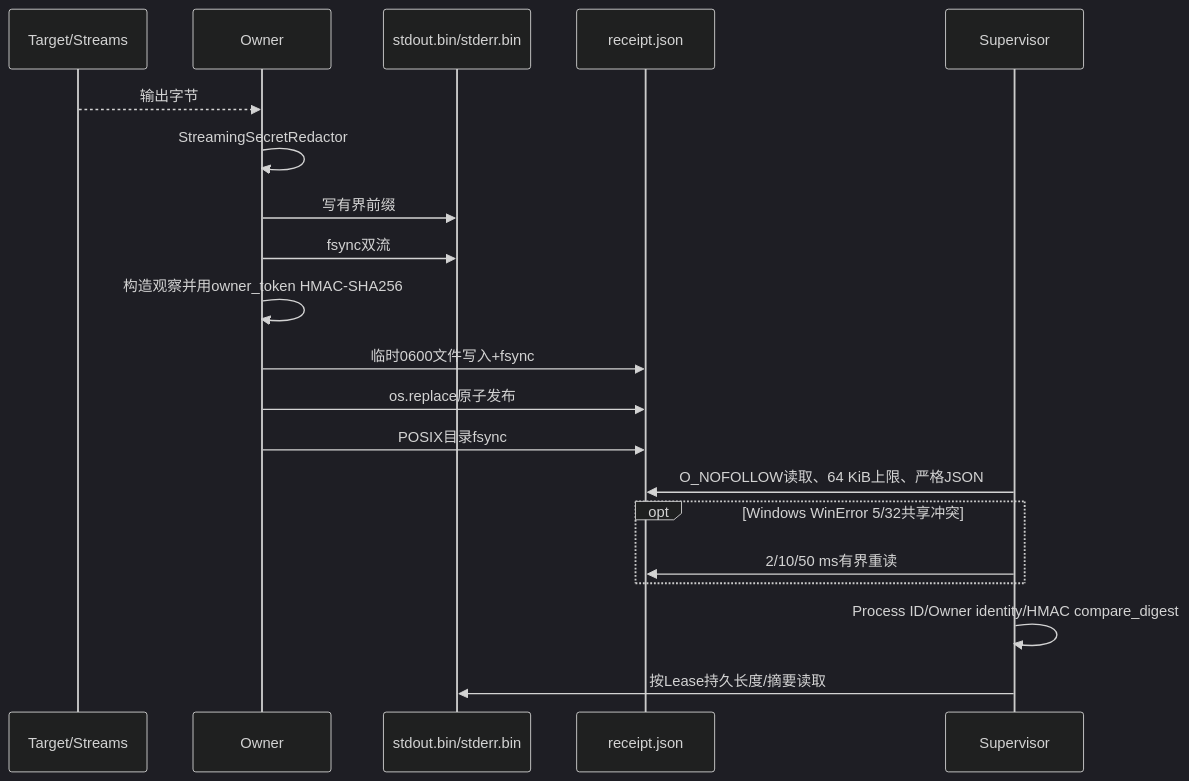
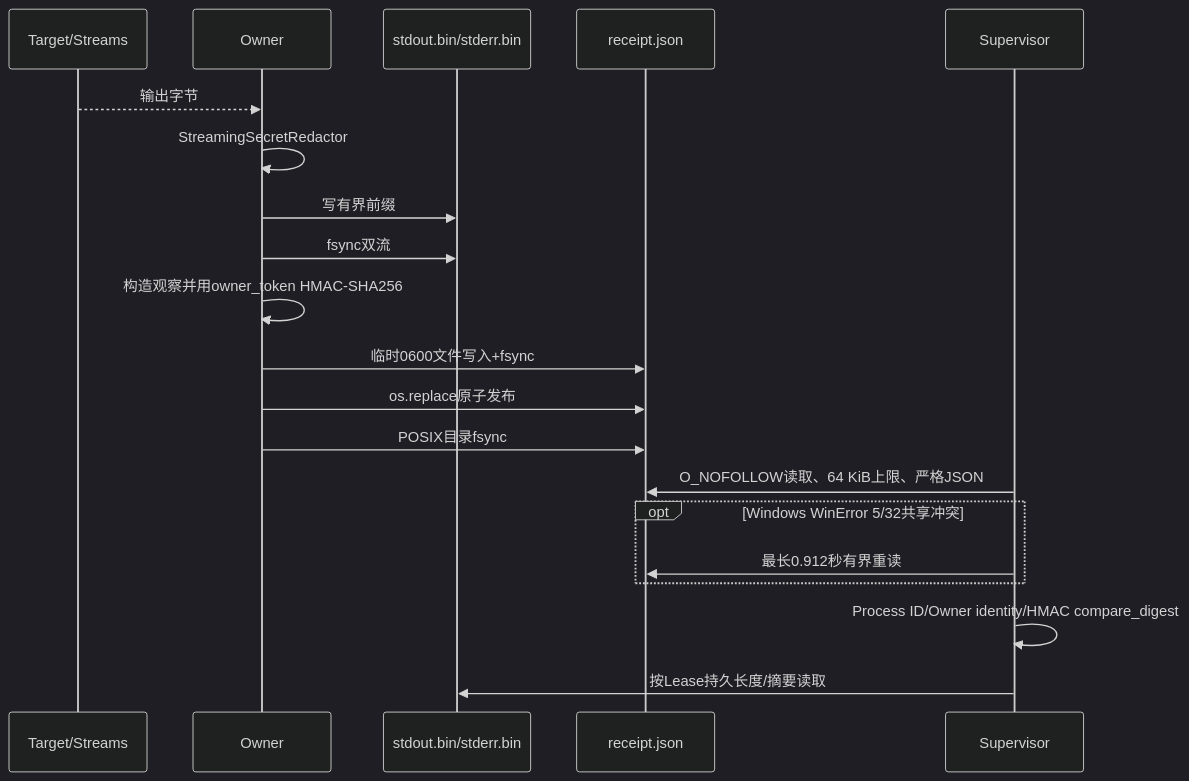
Before and after one commit to carrie1988/Harnessix: diagram 12 of 17 in docs/modules/processes.md, drawn with Mermaid (dark theme). The commit also changed other lines of this file and 9 other files, not shown here.

````diff
--- a/docs/modules/processes.md
+++ b/docs/modules/processes.md
@@ -797,22 +797,22 @@
 ```mermaid
 sequenceDiagram
     participant T as Target/Streams
     participant O as Owner
     participant F as stdout.bin/stderr.bin
     participant R as receipt.json
     participant S as Supervisor
     T-->>O: 输出字节
     O->>O: StreamingSecretRedactor
     O->>F: 写有界前缀
     O->>F: fsync双流
     O->>O: 构造观察并用owner_token HMAC-SHA256
     O->>R: 临时0600文件写入+fsync
     O->>R: os.replace原子发布
     O->>R: POSIX目录fsync
     S->>R: O_NOFOLLOW读取、64 KiB上限、严格JSON
     opt Windows WinError 5/32共享冲突
-        S->>R: 2/10/50 ms有界重读
+        S->>R: 最长0.912秒有界重读
     end
     S->>S: Process ID/Owner identity/HMAC compare_digest
     S->>F: 按Lease持久长度/摘要读取
 ```
````
